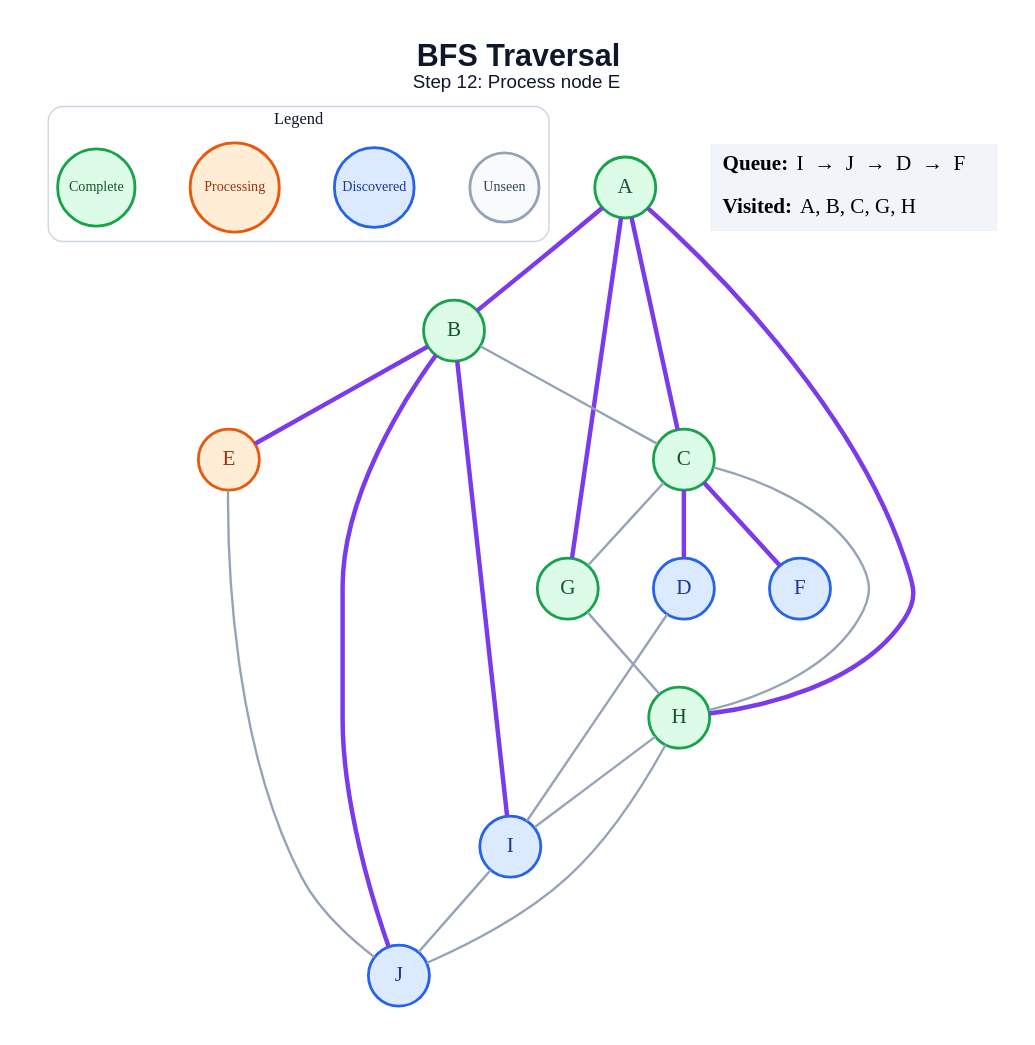
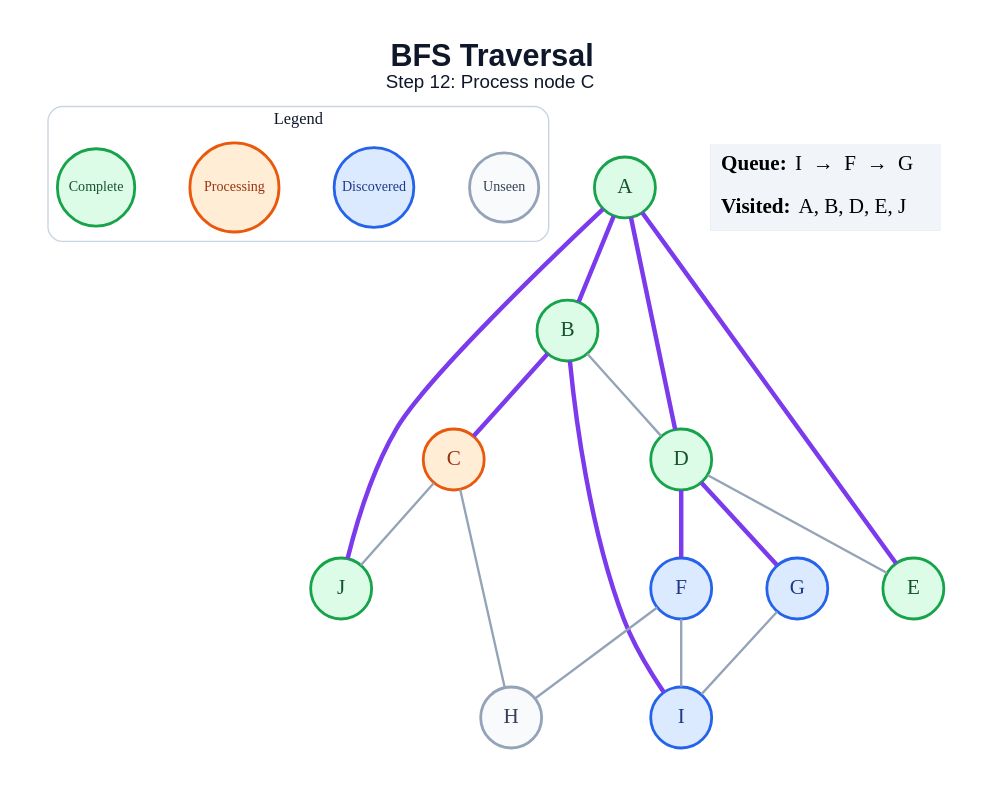
Before and after one commit to amanghodawala9/ai-slop: the diagram in generated/bfs/step_12.dot, drawn with Graphviz. The commit also changed 178 other files, not shown here.

```diff
--- a/generated/bfs/step_12.dot
+++ b/generated/bfs/step_12.dot
@@ -1,47 +1,44 @@
 graph traversal {
   graph [layout=dot, rankdir=TB, bgcolor="#FFFFFF", pad="0.35", nodesep="0.65", ranksep="0.8", fontname="Arial"];
   node [shape=circle, style="filled", fontname="Arial Bold", fontsize=18, width=0.72, fixedsize=true, penwidth=2.4];
   edge [color="#94A3B8", penwidth=2.0];
-  label=<<B>BFS Traversal</B><BR/><FONT POINT-SIZE="16">Step 12: Process node E</FONT>>; labelloc="t"; fontsize=26; fontname="Arial"; fontcolor="#0F172A";
+  label=<<B>BFS Traversal</B><BR/><FONT POINT-SIZE="16">Step 12: Process node C</FONT>>; labelloc="t"; fontsize=26; fontname="Arial"; fontcolor="#0F172A";
   subgraph cluster_legend { label="Legend"; color="#CBD5E1"; penwidth=1.2; style="rounded"; fontsize=14; fontname="Arial Bold";
     key_unseen [label="Unseen", fillcolor="#F8FAFC", color="#94A3B8", fontcolor="#334155", fontsize=12, width=0.82];
     key_frontier [label="Discovered", fillcolor="#DBEAFE", color="#2563EB", fontcolor="#1E3A8A", fontsize=12, width=0.95];
     key_current [label="Processing", fillcolor="#FFEDD5", color="#EA580C", fontcolor="#9A3412", fontsize=12, width=1.05];
     key_done [label="Complete", fillcolor="#DCFCE7", color="#16A34A", fontcolor="#14532D", fontsize=12, width=0.92];
     { rank=same; key_unseen; key_frontier; key_current; key_done; }
   }
   A [fillcolor="#DCFCE7", color="#16A34A", fontcolor="#14532D"];
   B [fillcolor="#DCFCE7", color="#16A34A", fontcolor="#14532D"];
-  C [fillcolor="#DCFCE7", color="#16A34A", fontcolor="#14532D"];
-  D [fillcolor="#DBEAFE", color="#2563EB", fontcolor="#1E3A8A"];
-  E [fillcolor="#FFEDD5", color="#EA580C", fontcolor="#9A3412"];
+  C [fillcolor="#FFEDD5", color="#EA580C", fontcolor="#9A3412"];
+  D [fillcolor="#DCFCE7", color="#16A34A", fontcolor="#14532D"];
+  E [fillcolor="#DCFCE7", color="#16A34A", fontcolor="#14532D"];
   F [fillcolor="#DBEAFE", color="#2563EB", fontcolor="#1E3A8A"];
-  G [fillcolor="#DCFCE7", color="#16A34A", fontcolor="#14532D"];
-  H [fillcolor="#DCFCE7", color="#16A34A", fontcolor="#14532D"];
+  G [fillcolor="#DBEAFE", color="#2563EB", fontcolor="#1E3A8A"];
+  H [fillcolor="#F8FAFC", color="#94A3B8", fontcolor="#334155"];
   I [fillcolor="#DBEAFE", color="#2563EB", fontcolor="#1E3A8A"];
-  J [fillcolor="#DBEAFE", color="#2563EB", fontcolor="#1E3A8A"];
+  J [fillcolor="#DCFCE7", color="#16A34A", fontcolor="#14532D"];
   A -- B [color="#7C3AED", penwidth=3.8];
-  A -- C [color="#7C3AED", penwidth=3.8];
-  A -- G [color="#7C3AED", penwidth=3.8];
-  A -- H [color="#7C3AED", penwidth=3.8];
-  B -- C;
-  B -- E [color="#7C3AED", penwidth=3.8];
+  A -- D [color="#7C3AED", penwidth=3.8];
+  A -- E [color="#7C3AED", penwidth=3.8];
+  A -- J [color="#7C3AED", penwidth=3.8];
+  B -- C [color="#7C3AED", penwidth=3.8];
+  B -- D;
   B -- I [color="#7C3AED", penwidth=3.8];
-  B -- J [color="#7C3AED", penwidth=3.8];
-  C -- D [color="#7C3AED", penwidth=3.8];
-  C -- F [color="#7C3AED", penwidth=3.8];
-  C -- G;
   C -- H;
-  D -- I;
-  E -- J;
-  G -- H;
-  H -- I;
-  H -- J;
-  I -- J;
+  C -- J;
+  D -- E;
+  D -- F [color="#7C3AED", penwidth=3.8];
+  D -- G [color="#7C3AED", penwidth=3.8];
+  F -- H;
+  F -- I;
+  G -- I;
   status [shape=plain, fixedsize=false, width=0, height=0, margin=0, label=<
     <TABLE BORDER="0" CELLBORDER="0" CELLPADDING="7" BGCOLOR="#F1F5F9">
-      <TR><TD ALIGN="LEFT"><B>Queue:</B> I  →  J  →  D  →  F</TD></TR>
-      <TR><TD ALIGN="LEFT"><B>Visited:</B> A, B, C, G, H</TD></TR>
+      <TR><TD ALIGN="LEFT"><B>Queue:</B> I  →  F  →  G</TD></TR>
+      <TR><TD ALIGN="LEFT"><B>Visited:</B> A, B, D, E, J</TD></TR>
     </TABLE>
   >];
 }
```
